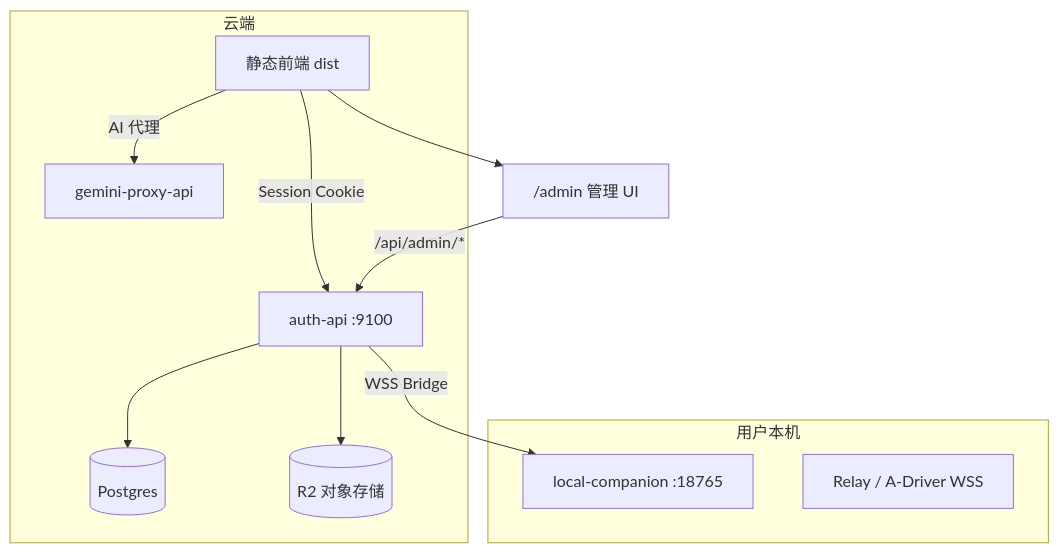
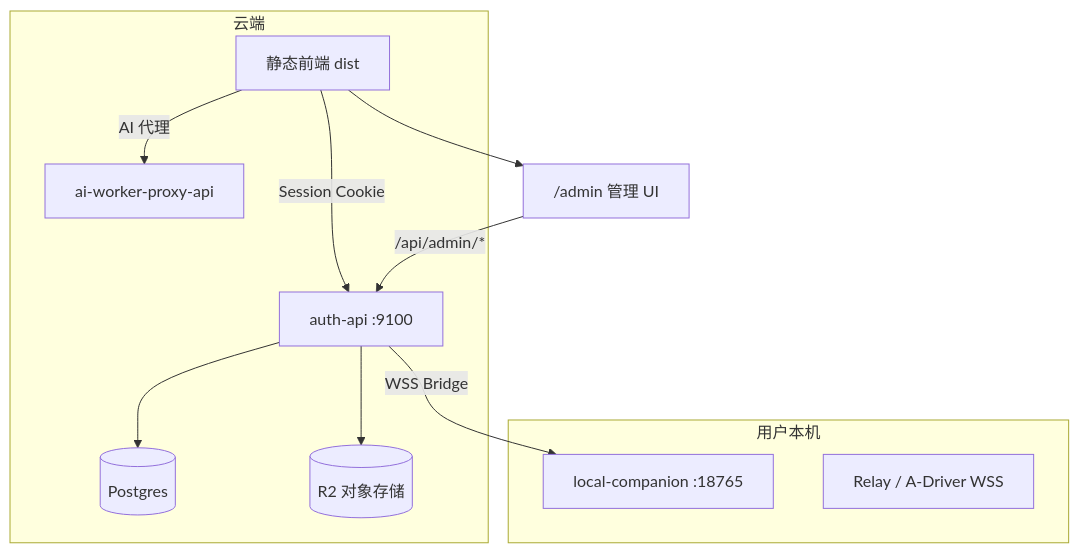
One commit to eish1997/assetcutter-ai-pro changed the diagram in docs/管理后台优化规划.md. Above: the diagram before and after it, drawn with Mermaid. The commit also changed other lines of this file and 138 other files, not shown here.

Commit message:
Rename Gemini proxy to AI Worker Proxy

````diff
--- a/docs/管理后台优化规划.md
+++ b/docs/管理后台优化规划.md
@@ -53,21 +53,21 @@
 ```mermaid
 flowchart TB
   subgraph 云端
     Web[静态前端 dist]
     Auth[auth-api :9100]
-    Proxy[gemini-proxy-api]
+    Proxy[ai-worker-proxy-api]
     PG[(Postgres)]
     R2[(R2 对象存储)]
   end
   subgraph 用户本机
     LC[local-companion :18765]
     Relay[Relay / A-Driver WSS]
   end
   Web -->|Session Cookie| Auth
   Web -->|AI 代理| Proxy
   Auth --> PG
   Auth --> R2
   Auth -->|WSS Bridge| LC
   Web --> AdminUI["/admin 管理 UI"]
   AdminUI -->|/api/admin/*| Auth
 ```
````
